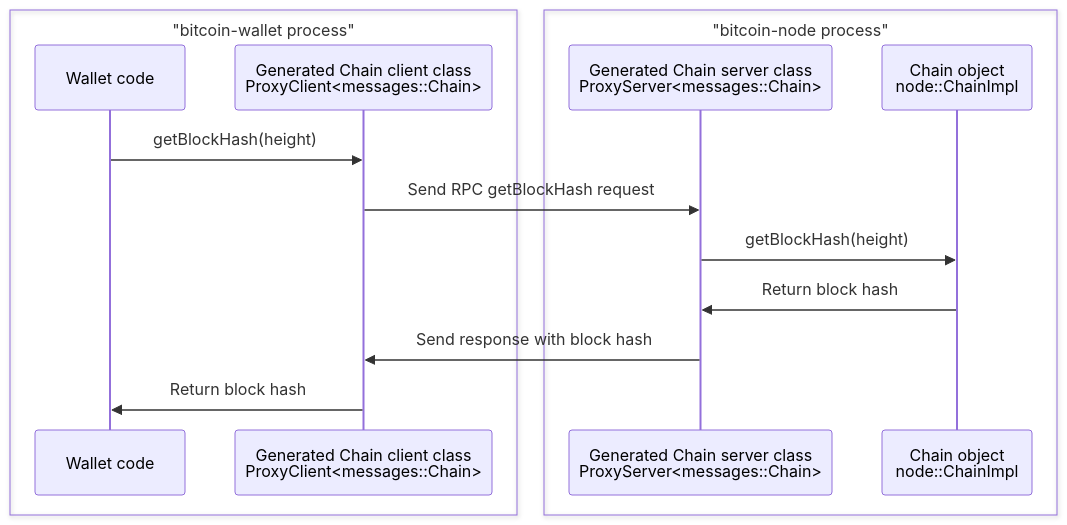
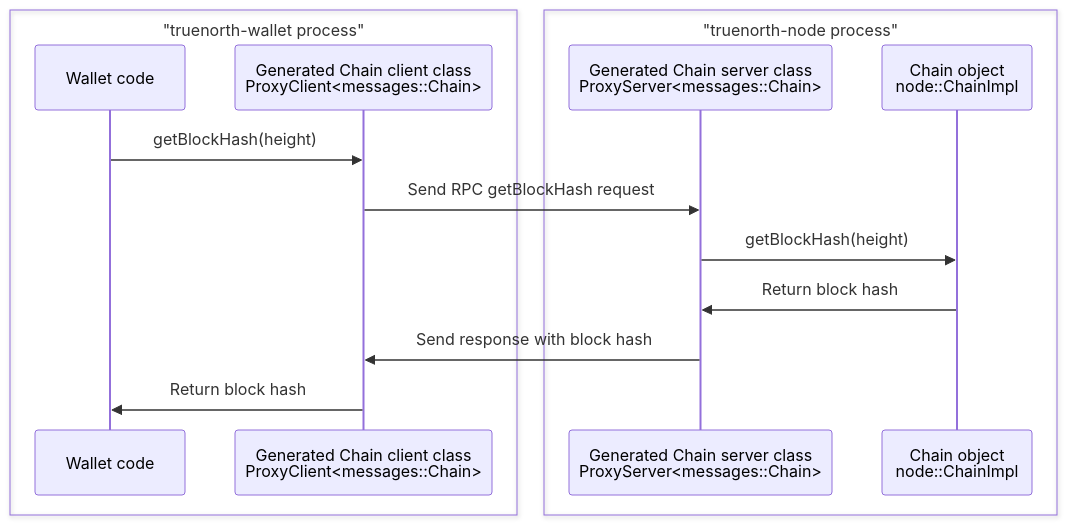
One commit to truenorth-project/truenorth changed the third of 3 diagrams in doc/design/multiprocess.md. Above: the diagram before and after it, drawn with Mermaid. The commit also changed other lines of this file and 31 other files, not shown here.

````diff
--- a/doc/design/multiprocess.md
+++ b/doc/design/multiprocess.md
@@ -142,18 +142,18 @@
 ```mermaid
 sequenceDiagram
-    box "bitcoin-wallet process"
+    box "truenorth-wallet process"
     participant WalletCode as Wallet code
     participant ChainClient as Generated Chain client class<br/>ProxyClient<messages::Chain>
     end
-    box "bitcoin-node process"
+    box "truenorth-node process"
     participant ChainServer as Generated Chain server class<br/>ProxyServer<messages::Chain>
     participant LocalChain as Chain object<br/>node::ChainImpl
     end
 
     WalletCode->>ChainClient: getBlockHash(height)
     ChainClient->>ChainServer: Send RPC getBlockHash request
     ChainServer->>LocalChain: getBlockHash(height)
     LocalChain->>ChainServer: Return block hash
     ChainServer->>ChainClient: Send response with block hash
     ChainClient->>WalletCode: Return block hash
 ```
````
